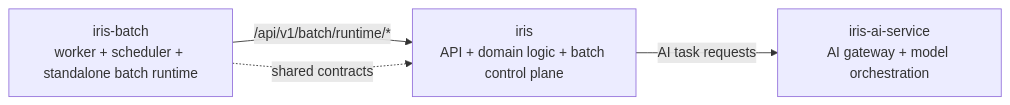
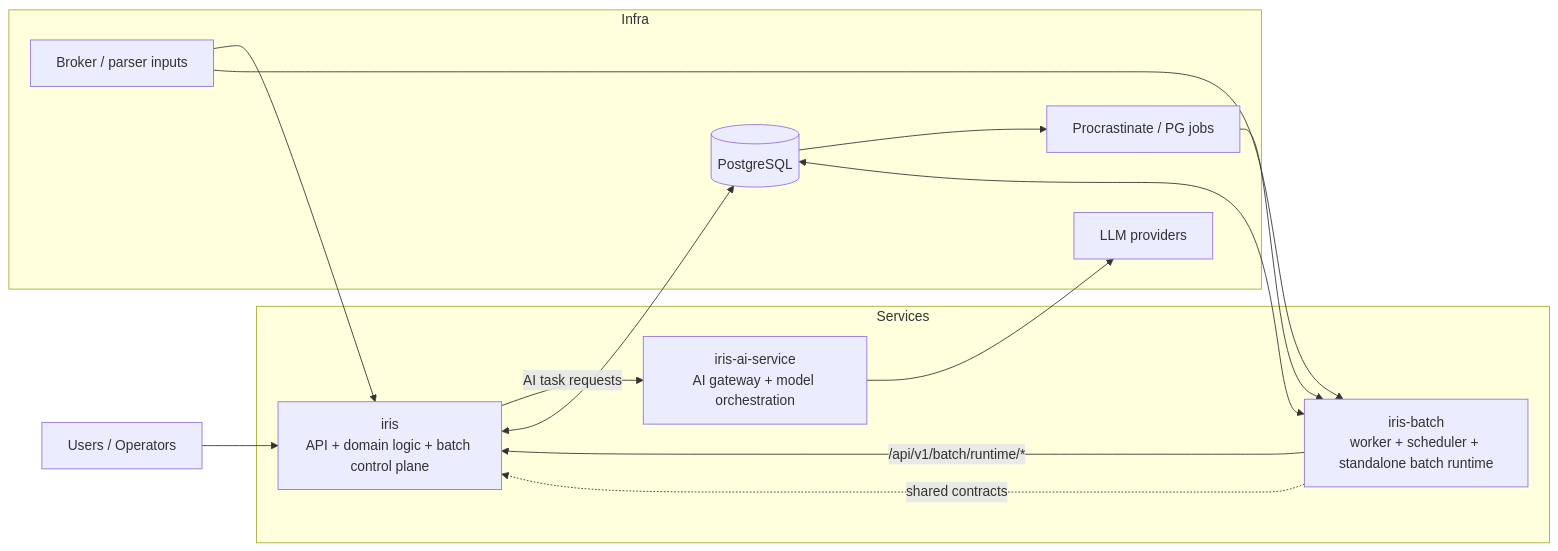
One commit to ai-man-hedge-fund/.github changed the diagram in profile/README.md. Above: the diagram before and after it, drawn with Mermaid. The commit also changed other lines of this file, not shown here.

Commit message:
Expand the org profile diagram with shared infrastructure
The GitHub organization landing page now shows the core shared infrastructure around iris, iris-batch, and iris-ai-service so readers can see where PostgreSQL, queueing, and provider dependencies sit in the overall split architecture.\n\nConstraint: The profile diagram must stay concise enough for the org homepage while still surfacing the critical infra relationships\nRejected: Add a very detailed deployment diagram with every adapter and repo | too dense for the org landing page\nConfidence: high\nScope-risk: narrow\nDirective: Keep the profile architecture view high-level and update infra nodes only when the shared runtime topology materially changes\nTested: Markdown/manual review of profile/README.md\nNot-tested: GitHub rendered preview before push

````diff
--- a/profile/README.md
+++ b/profile/README.md
@@ -5,10 +5,29 @@
 ```mermaid
 flowchart LR
-    iris[iris\nAPI + domain logic + batch control plane]
-    batch[iris-batch\nworker + scheduler + standalone batch runtime]
-    ai[iris-ai-service\nAI gateway + model orchestration]
+    user[Users / Operators]
 
+    subgraph services[Services]
+        iris[iris\nAPI + domain logic + batch control plane]
+        batch[iris-batch\nworker + scheduler + standalone batch runtime]
+        ai[iris-ai-service\nAI gateway + model orchestration]
+    end
+
+    subgraph infra[Infra]
+        db[(PostgreSQL)]
+        queue[Procrastinate / PG jobs]
+        obj[Broker / parser inputs]
+        models[LLM providers]
+    end
+
+    user --> iris
     batch -->|/api/v1/batch/runtime/*| iris
     iris -->|AI task requests| ai
+    iris <--> db
+    batch <--> db
+    db --> queue
+    queue --> batch
+    obj --> iris
+    obj --> batch
+    ai --> models
     batch -. shared contracts .-> iris
 ```
````
